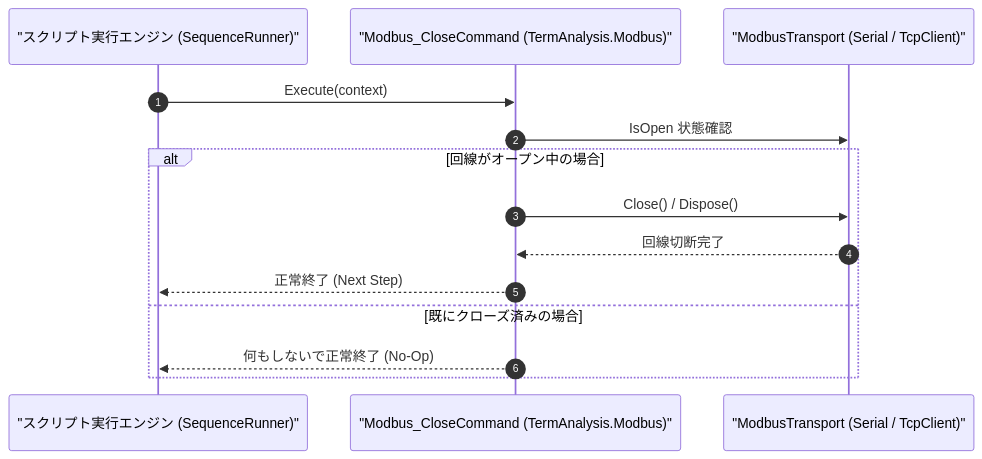
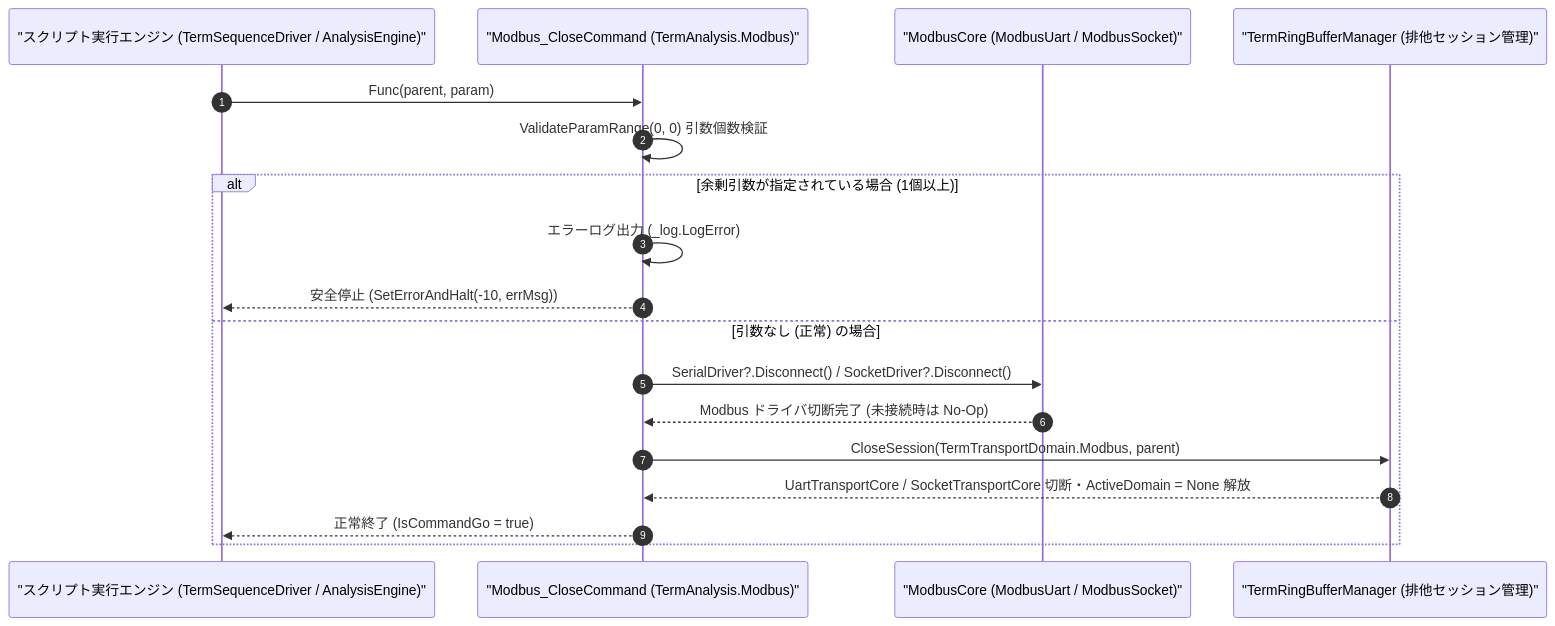
One commit to Monaca-App/TermAddIn changed the diagram in Manual/Modbus/Modbus_Close.Md. Above: the diagram before and after it, drawn with Mermaid. The commit also changed other lines of this file and 157 other files, not shown here.

````diff
--- a/Manual/Modbus/Modbus_Close.Md
+++ b/Manual/Modbus/Modbus_Close.Md
@@ -62,17 +62,21 @@
 ```mermaid
 sequenceDiagram
     autonumber
-    participant Script as "スクリプト実行エンジン (SequenceRunner)"
+    participant Script as "スクリプト実行エンジン (TermSequenceDriver / AnalysisEngine)"
     participant Cmd as "Modbus_CloseCommand (TermAnalysis.Modbus)"
-    participant Trans as "ModbusTransport (Serial / TcpClient)"
+    participant Drv as "ModbusCore (ModbusUart / ModbusSocket)"
+    participant Buf as "TermRingBufferManager (排他セッション管理)"
 
-    Script->>Cmd: Execute(context)
-    Cmd->>Trans: IsOpen 状態確認
-    alt 回線がオープン中の場合
-        Cmd->>Trans: Close() / Dispose()
-        Trans-->>Cmd: 回線切断完了
-        Cmd-->>Script: 正常終了 (Next Step)
-    else 既にクローズ済みの場合
-        Cmd-->>Script: 何もしないで正常終了 (No-Op)
+    Script->>Cmd: Func(parent, param)
+    Cmd->>Cmd: ValidateParamRange(0, 0) 引数個数検証
+    alt 余剰引数が指定されている場合 (1個以上)
+        Cmd->>Cmd: エラーログ出力 (_log.LogError)
+        Cmd-->>Script: 安全停止 (SetErrorAndHalt(-10, errMsg))
+    else 引数なし (正常) の場合
+        Cmd->>Drv: SerialDriver?.Disconnect() / SocketDriver?.Disconnect()
+        Drv-->>Cmd: Modbus ドライバ切断完了 (未接続時は No-Op)
+        Cmd->>Buf: CloseSession(TermTransportDomain.Modbus, parent)
+        Buf-->>Cmd: UartTransportCore / SocketTransportCore 切断・ActiveDomain = None 解放
+        Cmd-->>Script: 正常終了 (IsCommandGo = true)
     end
 ```
````
